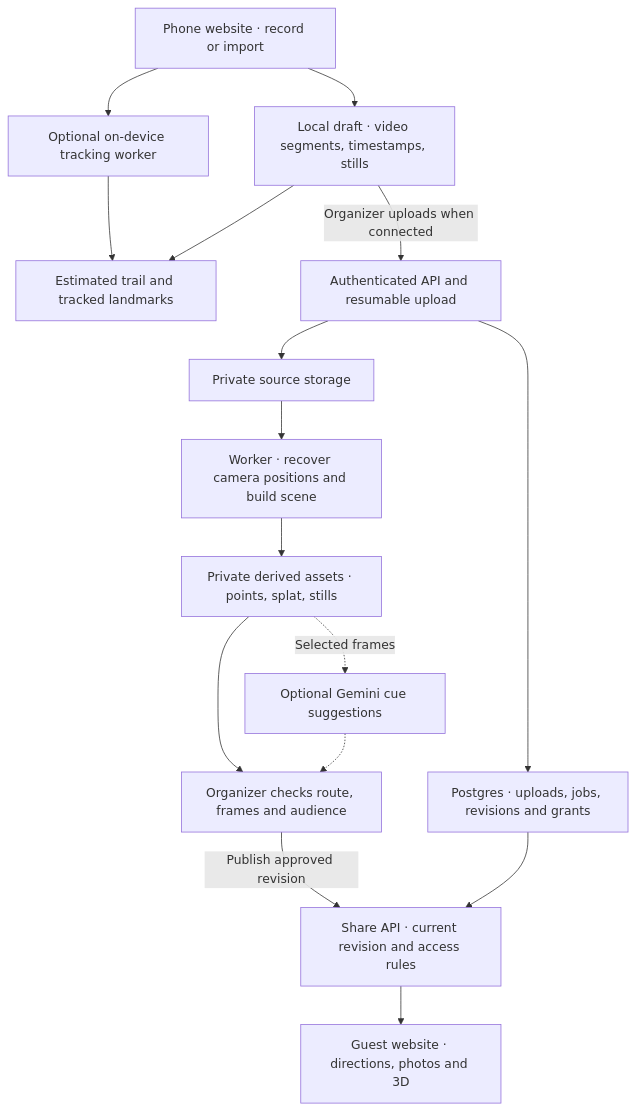
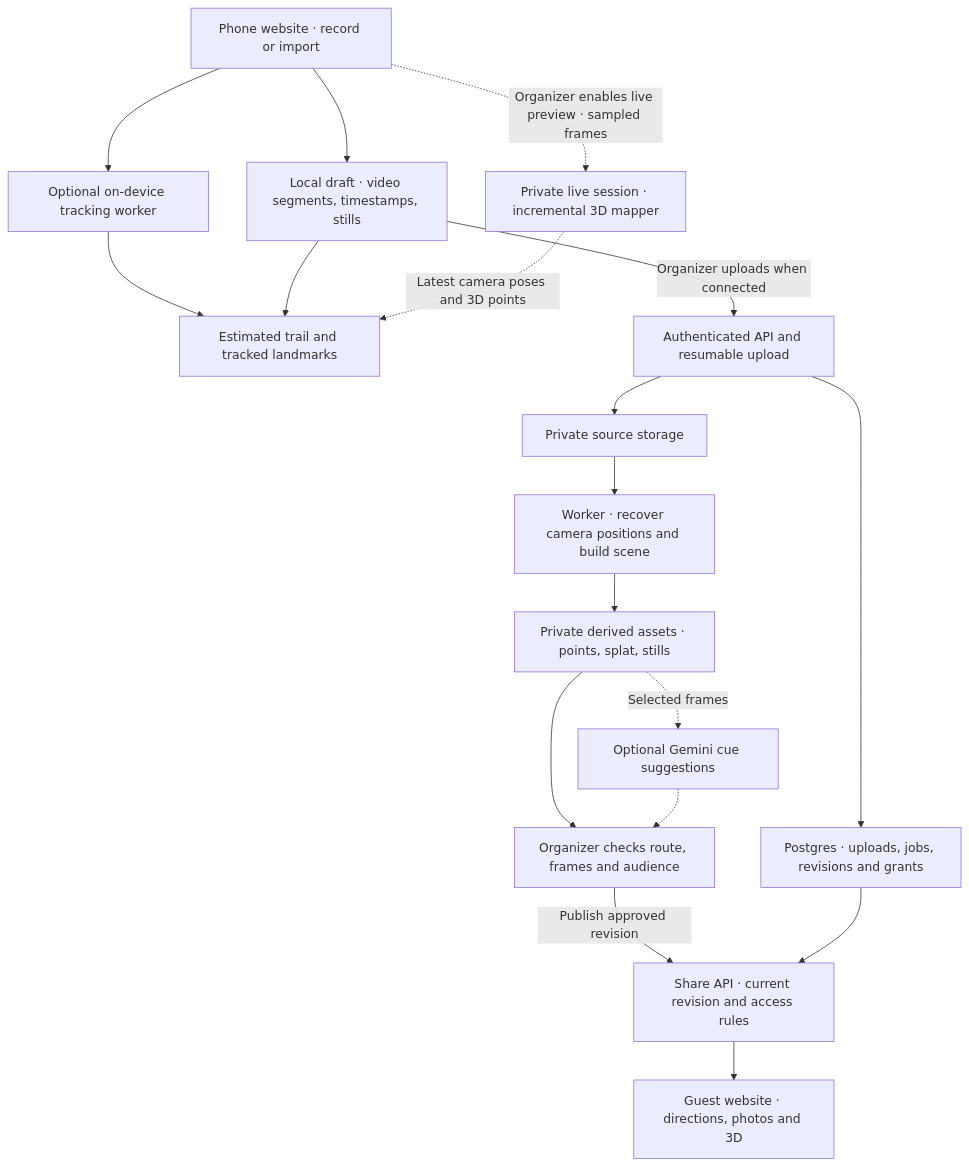
The diagram in planning/offline-web-product.md (darkprince558/path-app), drawn with Mermaid before and after one commit. The commit also changed other lines of this file and 3 other files, not shown here.

````diff
--- a/planning/offline-web-product.md
+++ b/planning/offline-web-product.md
@@ -20,18 +21,20 @@
 ```mermaid
 flowchart TD
     Camera["Phone website · record or import"] --> Draft["Local draft · video segments, timestamps, stills"]
     Camera --> Tracker["Optional on-device tracking worker"]
     Tracker --> Preview["Estimated trail and tracked landmarks"]
     Draft --> Preview
+    Camera -.->|"Organizer enables live preview · sampled frames"| Live["Private live session · incremental 3D mapper"]
+    Live -.->|"Latest camera poses and 3D points"| Preview
     Draft -->|"Organizer uploads when connected"| API["Authenticated API and resumable upload"]
     API --> Store["Private source storage"]
     API --> DB["Postgres · uploads, jobs, revisions and grants"]
     Store --> Worker["Worker · recover camera positions and build scene"]
     Worker --> Assets["Private derived assets · points, splat, stills"]
     Assets --> Review["Organizer checks route, frames and audience"]
     Assets -.->|"Selected frames"| Gemini["Optional Gemini cue suggestions"]
     Gemini -.-> Review
     Review -->|"Publish approved revision"| Share["Share API · current revision and access rules"]
     DB --> Share
     Share --> Guests["Guest website · directions, photos and 3D"]
 ```
````
